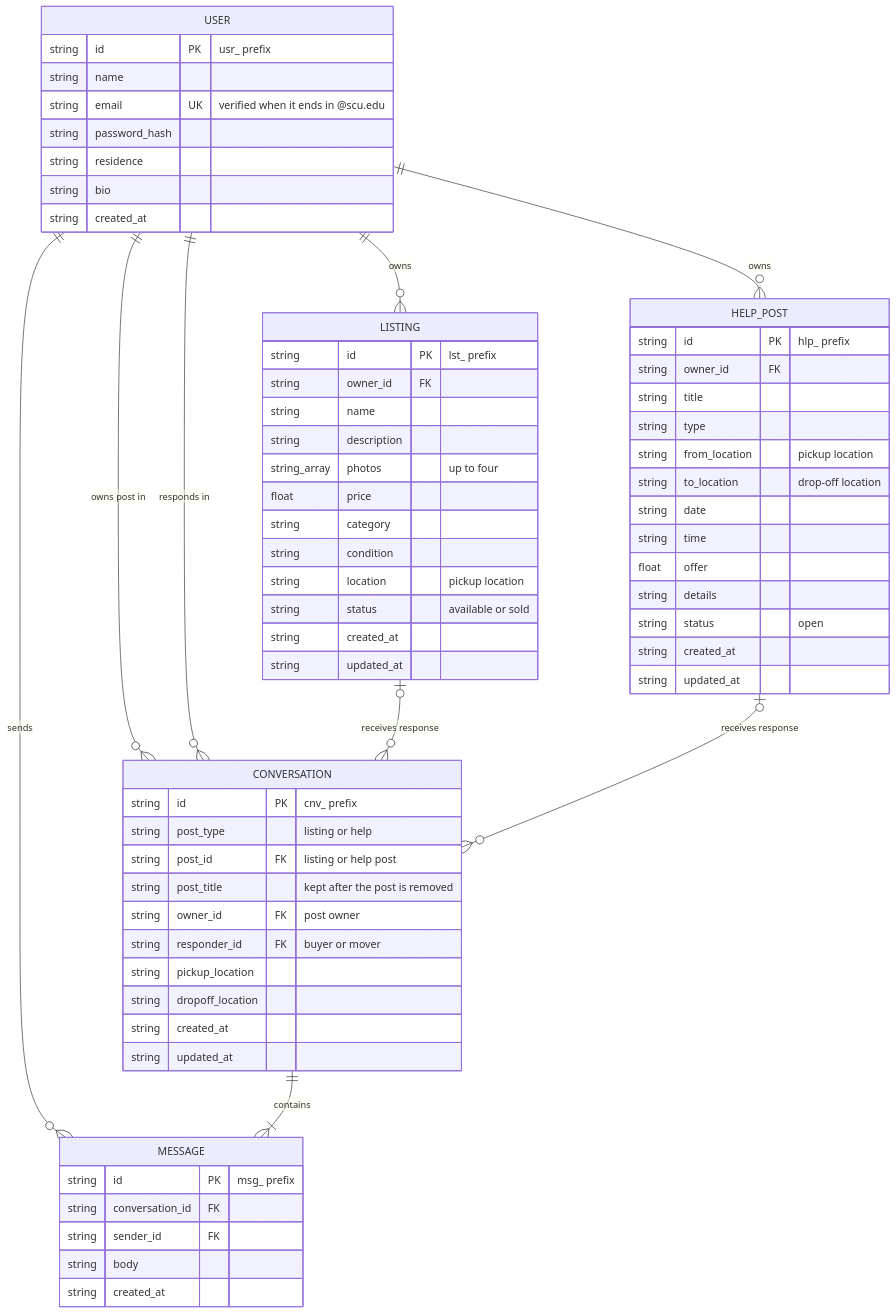
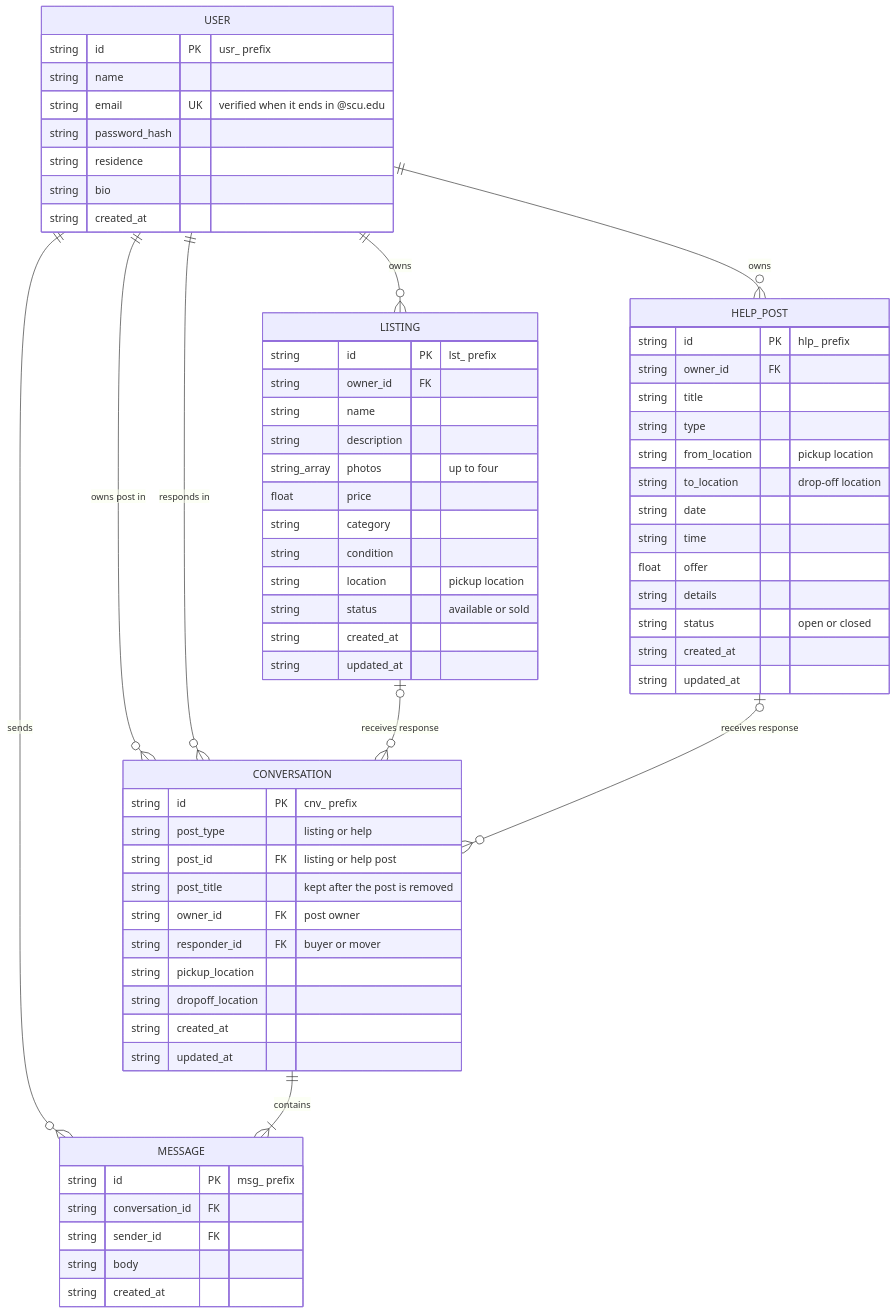
One commit to waaohmd/CSCI187-Project changed the diagram in docs/ER_DIAGRAM.md. Above: the diagram before and after it, drawn with Mermaid. The commit also changed 15 other files, not shown here.

First line of the commit message:
Match the app and docs to the team's CRC diagram

````diff
--- a/docs/ER_DIAGRAM.md
+++ b/docs/ER_DIAGRAM.md
@@ -5,73 +5,73 @@
 ```mermaid
 erDiagram
     USER ||--o{ LISTING : "owns"
     USER ||--o{ HELP_POST : "owns"
     USER ||--o{ CONVERSATION : "owns post in"
     USER ||--o{ CONVERSATION : "responds in"
     USER ||--o{ MESSAGE : "sends"
     LISTING |o--o{ CONVERSATION : "receives response"
     HELP_POST |o--o{ CONVERSATION : "receives response"
     CONVERSATION ||--|{ MESSAGE : "contains"
 
     USER {
         string id PK "usr_ prefix"
         string name
         string email UK "verified when it ends in @scu.edu"
         string password_hash
         string residence
         string bio
         string created_at
     }
 
     LISTING {
         string id PK "lst_ prefix"
         string owner_id FK
         string name
         string description
         string_array photos "up to four"
         float price
         string category
         string condition
         string location "pickup location"
         string status "available or sold"
         string created_at
         string updated_at
     }
 
     HELP_POST {
         string id PK "hlp_ prefix"
         string owner_id FK
         string title
         string type
         string from_location "pickup location"
         string to_location "drop-off location"
         string date
         string time
         float offer
         string details
-        string status "open"
+        string status "open or closed"
         string created_at
         string updated_at
     }
 
     CONVERSATION {
         string id PK "cnv_ prefix"
         string post_type "listing or help"
         string post_id FK "listing or help post"
         string post_title "kept after the post is removed"
         string owner_id FK "post owner"
         string responder_id FK "buyer or mover"
         string pickup_location
         string dropoff_location
         string created_at
         string updated_at
     }
 
     MESSAGE {
         string id PK "msg_ prefix"
         string conversation_id FK
         string sender_id FK
         string body
         string created_at
     }
 ```
````
